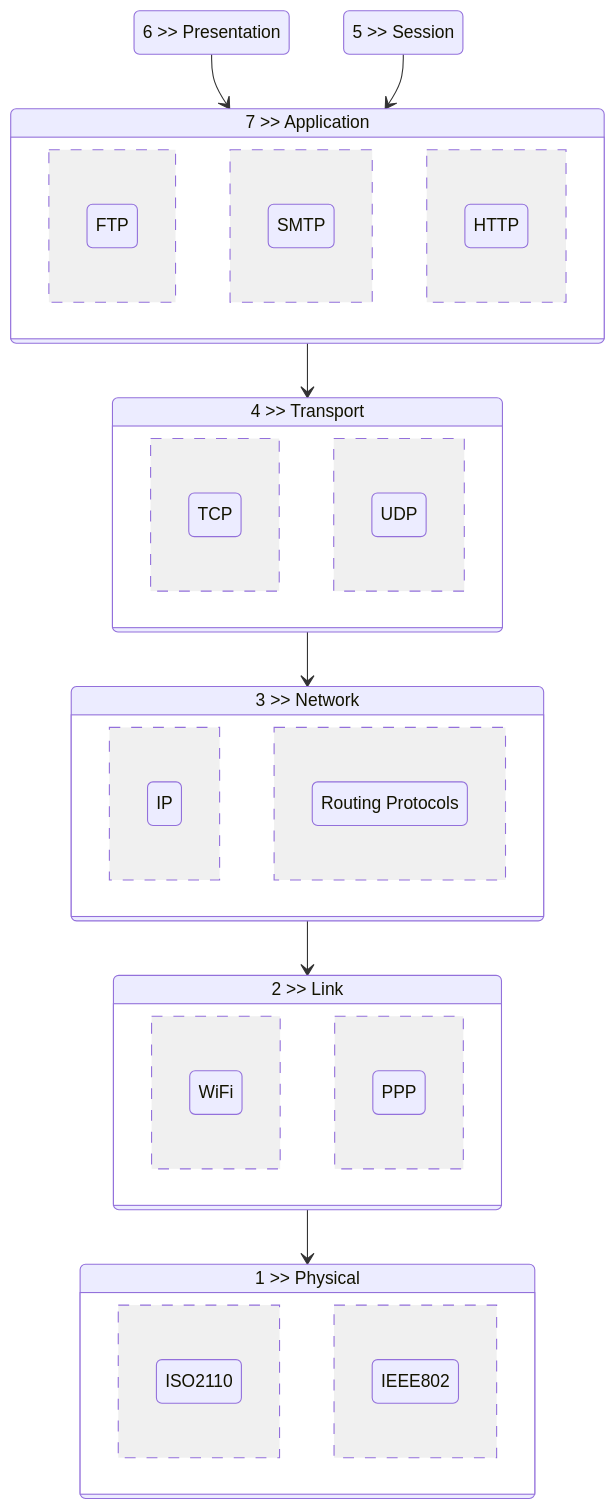
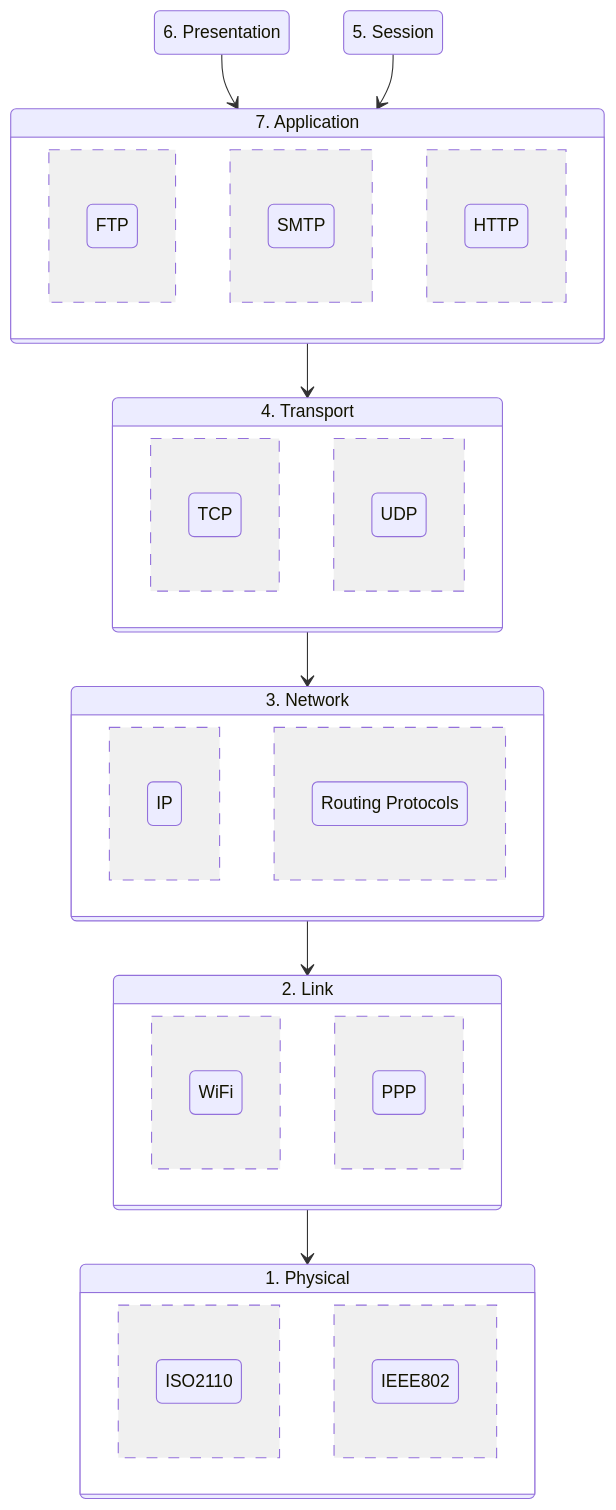
One commit to SiegeSailor/vault-personal changed the diagram in master-notes/NOTE/docs/6@computer/10@layer/1@outline.md. Above: the diagram before and after it, drawn with Mermaid. The commit also changed 3 other files, not shown here.

````diff
--- a/master-notes/NOTE/docs/6@computer/10@layer/1@outline.md
+++ b/master-notes/NOTE/docs/6@computer/10@layer/1@outline.md
@@ -15,47 +15,47 @@
 ```mermaid
 stateDiagram-v2
 direction TB
     RoutingProtocols : Routing Protocols
-    Application : 7 >> Application
-    Presentation : 6 >> Presentation
-    Session : 5 >> Session
-    Transport : 4 >> Transport
-    Network : 3 >> Network
-    Link : 2 >> Link
-    Physical : 1 >> Physical
+    Application : 7.  Application
+    Presentation : 6.  Presentation
+    Session : 5.  Session
+    Transport : 4.  Transport
+    Network : 3.  Network
+    Link : 2.  Link
+    Physical : 1.  Physical
 
     Presentation --> Application
     Session --> Application
     Application -->  Transport
     Transport --> Network
     Network --> Link
     Link --> Physical
 
     state Application {
         FTP
         --
         SMTP
         --
         HTTP
     }
     state Transport {
         TCP
         --
         UDP
     }
     state Network {
         IP
         --
         RoutingProtocols
     }
     state Link {
         WiFi
         --
         PPP
     }
     state Physical {
         ISO2110
         --
         IEEE802
     }
 ```
````
